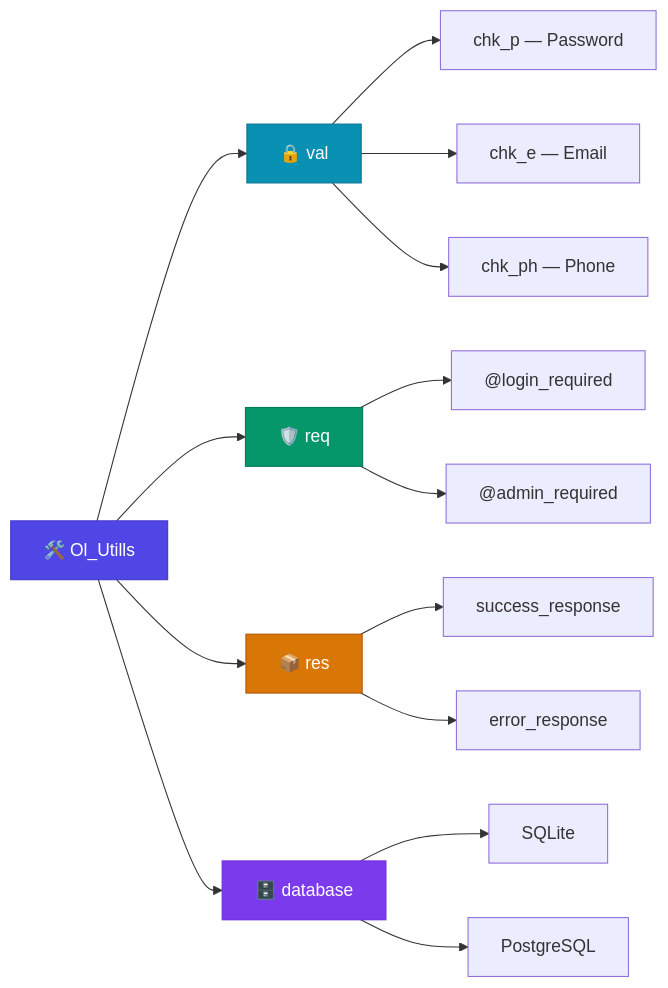
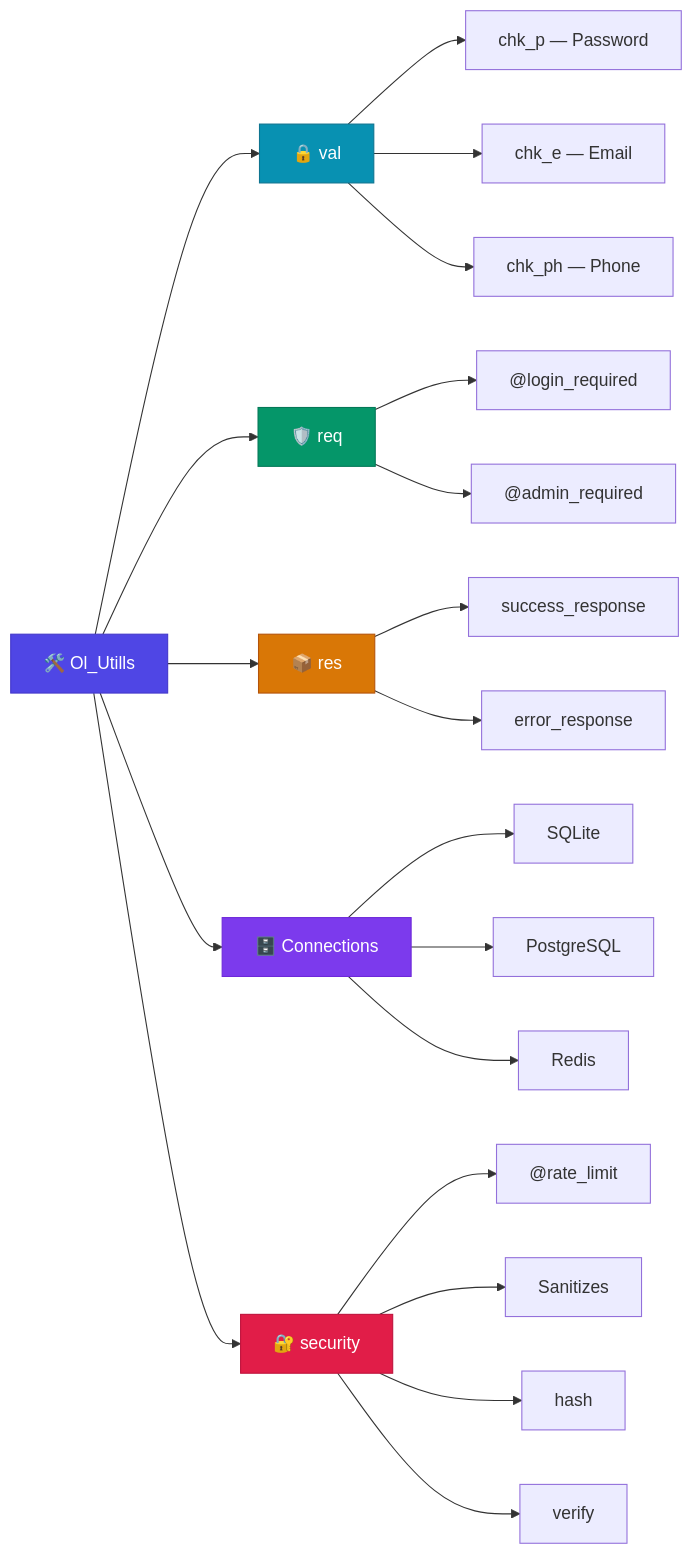
Before and after one commit to OverLimit-OL/Ol_Utills: the first of 6 diagrams in README.md, drawn with Mermaid. The commit also changed other lines of this file and 3 other files, not shown here.

````diff
--- a/README.md
+++ b/README.md
@@ -32,26 +34,34 @@
 ```mermaid
 graph LR
     A["🛠️ Ol_Utills"] --> B["🔒 val"]
     A --> C["🛡️ req"]
     A --> D["📦 res"]
-    A --> E["🗄️ database"]
+    A --> E["🗄️ Connections"]
+    A --> F["🔐 security"]
 
     B --> B1["chk_p — Password"]
     B --> B2["chk_e — Email"]
     B --> B3["chk_ph — Phone"]
 
     C --> C1["@login_required"]
     C --> C2["@admin_required"]
 
     D --> D1["success_response"]
     D --> D2["error_response"]
 
     E --> E1["SQLite"]
     E --> E2["PostgreSQL"]
+    E --> E3["Redis"]
+
+    F --> F1["@rate_limit"]
+    F --> F2["Sanitizes"]
+    F --> F3["hash"]
+    F --> F4["verify"]
 
     style A fill:#4f46e5,stroke:#4338ca,color:#fff
     style B fill:#0891b2,stroke:#0e7490,color:#fff
     style C fill:#059669,stroke:#047857,color:#fff
     style D fill:#d97706,stroke:#b45309,color:#fff
     style E fill:#7c3aed,stroke:#6d28d9,color:#fff
+    style F fill:#e11d48,stroke:#be123c,color:#fff
 ```
````
